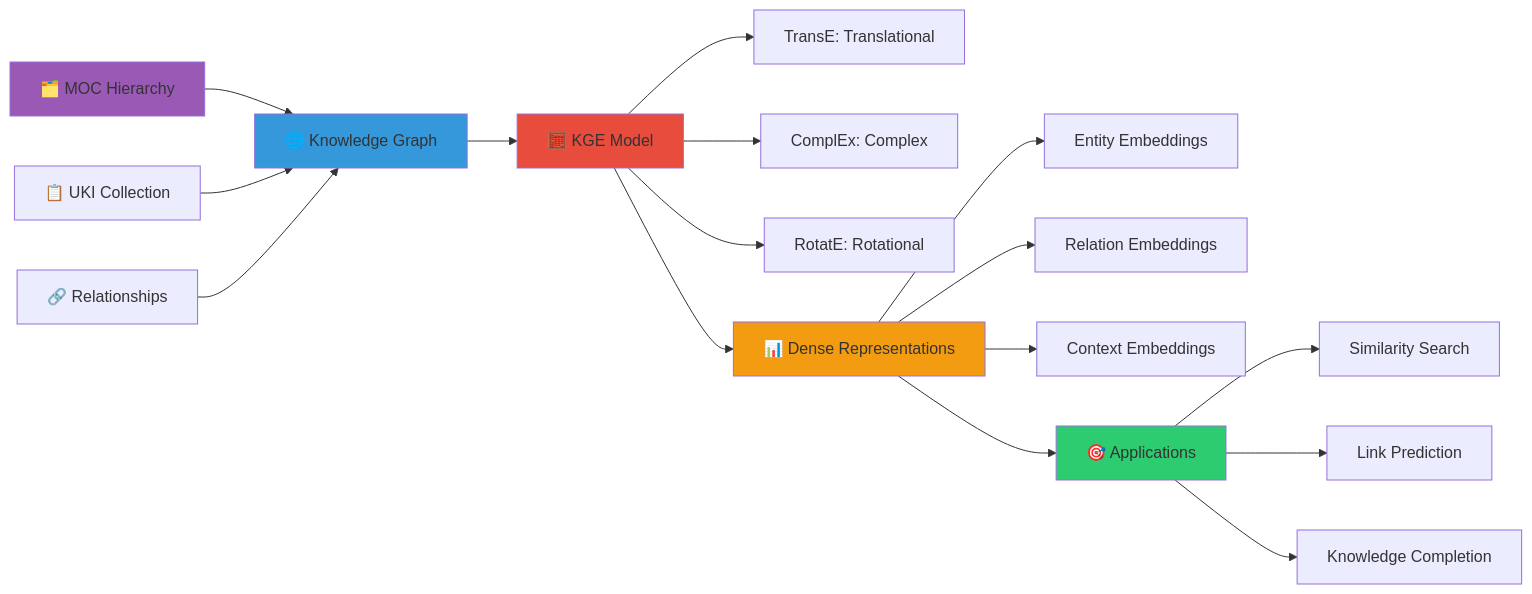
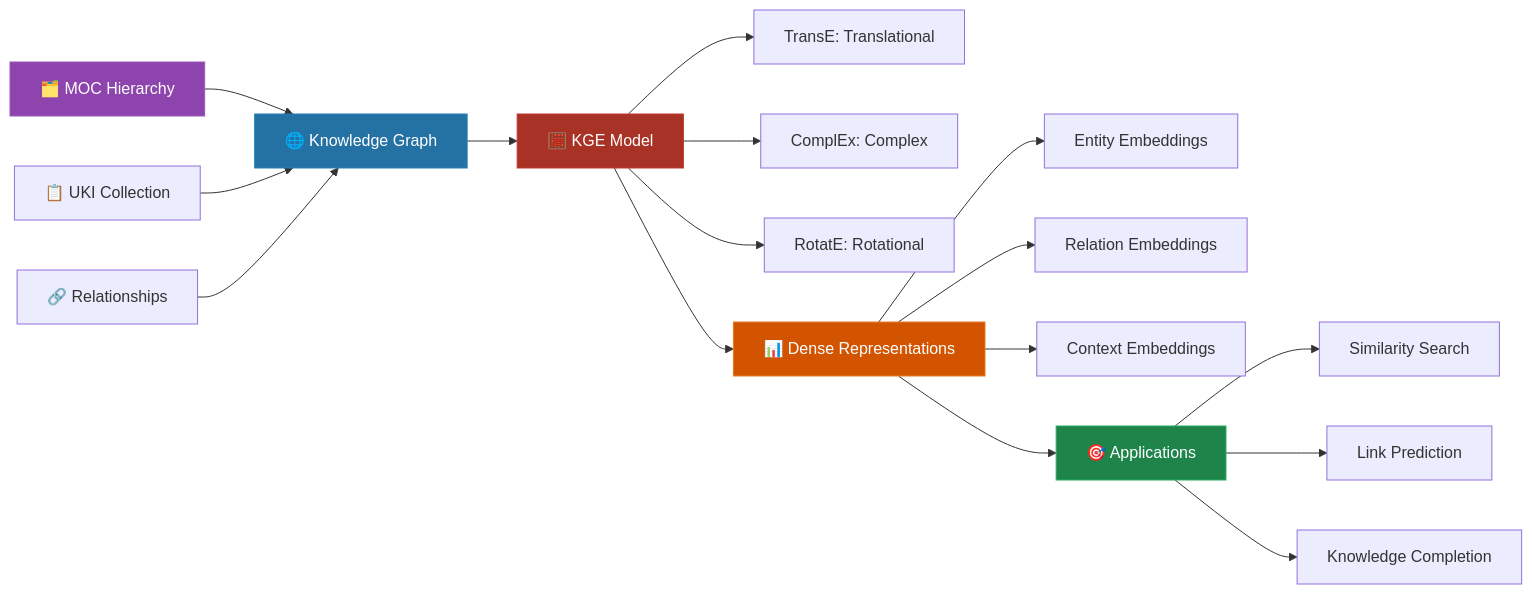
Before and after one commit to casheiro/matrix-protocol: the second of 4 diagrams in content/en/docs/frameworks/inference-reasoning.md, drawn with Mermaid. The commit also changed other lines of this file and 36 other files, not shown here.

````diff
--- a/content/en/docs/frameworks/inference-reasoning.md
+++ b/content/en/docs/frameworks/inference-reasoning.md
@@ -150,27 +151,28 @@
 ```mermaid
 graph LR
     A[🗂️ MOC Hierarchy] --> B[🌐 Knowledge Graph]
     C[📋 UKI Collection] --> B
     D[🔗 Relationships] --> B
     
     B --> E[🧮 KGE Model]
     E --> E1[TransE: Translational]
     E --> E2[ComplEx: Complex]
     E --> E3[RotatE: Rotational]
     
     E --> F[📊 Dense Representations]
     F --> F1[Entity Embeddings]
     F --> F2[Relation Embeddings]
     F --> F3[Context Embeddings]
     
     F --> G[🎯 Applications]
     G --> G1[Similarity Search]
     G --> G2[Link Prediction]
     G --> G3[Knowledge Completion]
     
-    style A fill:#9b59b6
-    style B fill:#3498db
-    style E fill:#e74c3c
-    style F fill:#f39c12
-    style G fill:#2ecc71
+    %% Knowledge Graph Embeddings - MOC hierarchy representation
+    style A fill:#8E44AD,stroke:#9B59B6,color:#fff
+    style B fill:#2471A3,stroke:#2980B9,color:#fff
+    style E fill:#A93226,stroke:#C0392B,color:#fff
+    style F fill:#D35400,stroke:#E67E22,color:#fff
+    style G fill:#1E8449,stroke:#27AE60,color:#fff
 ```
````
